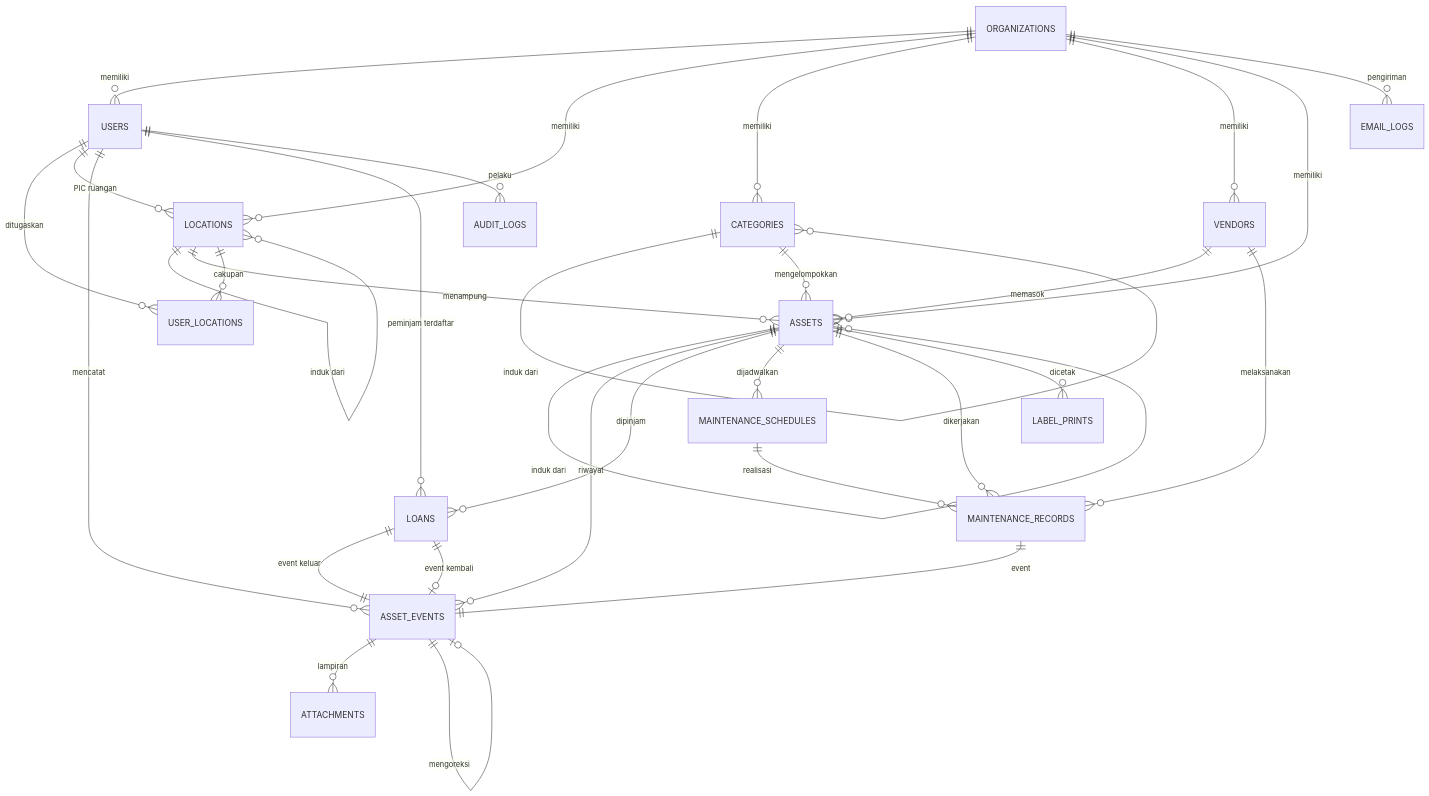
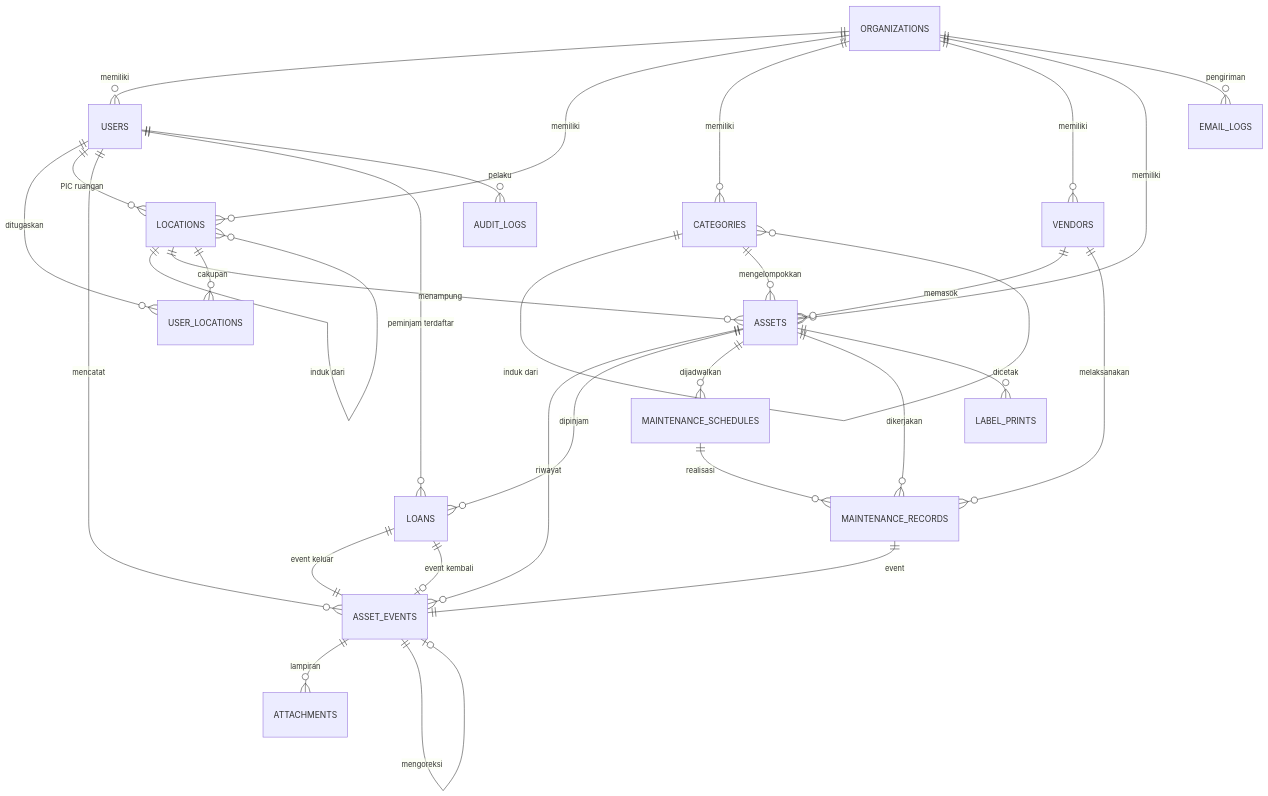
The first of 2 diagrams in docs/03-erd.md (mferdinandr/inventory-management), drawn with Mermaid before and after one commit. The commit also changed other lines of this file and 9 other files, not shown here.

````diff
--- a/docs/03-erd.md
+++ b/docs/03-erd.md
@@ -10,41 +10,40 @@
 ```mermaid
 erDiagram
     ORGANIZATIONS ||--o{ USERS : "memiliki"
     ORGANIZATIONS ||--o{ LOCATIONS : "memiliki"
     ORGANIZATIONS ||--o{ CATEGORIES : "memiliki"
     ORGANIZATIONS ||--o{ VENDORS : "memiliki"
     ORGANIZATIONS ||--o{ ASSETS : "memiliki"
 
     LOCATIONS ||--o{ LOCATIONS : "induk dari"
     LOCATIONS ||--o{ ASSETS : "menampung"
     LOCATIONS ||--o{ USER_LOCATIONS : "cakupan"
     USERS ||--o{ USER_LOCATIONS : "ditugaskan"
     USERS ||--o{ LOCATIONS : "PIC ruangan"
 
     CATEGORIES ||--o{ CATEGORIES : "induk dari"
     CATEGORIES ||--o{ ASSETS : "mengelompokkan"
 
     VENDORS ||--o{ ASSETS : "memasok"
     VENDORS ||--o{ MAINTENANCE_RECORDS : "melaksanakan"
 
-    ASSETS ||--o{ ASSETS : "induk dari"
     ASSETS ||--o{ ASSET_EVENTS : "riwayat"
     ASSETS ||--o{ LOANS : "dipinjam"
     ASSETS ||--o{ MAINTENANCE_SCHEDULES : "dijadwalkan"
     ASSETS ||--o{ MAINTENANCE_RECORDS : "dikerjakan"
     ASSETS ||--o{ LABEL_PRINTS : "dicetak"
 
     ASSET_EVENTS ||--o{ ATTACHMENTS : "lampiran"
     ASSET_EVENTS ||--o| ASSET_EVENTS : "mengoreksi"
     USERS ||--o{ ASSET_EVENTS : "mencatat"
 
     LOANS ||--|| ASSET_EVENTS : "event keluar"
     LOANS ||--o| ASSET_EVENTS : "event kembali"
     USERS ||--o{ LOANS : "peminjam terdaftar"
 
     MAINTENANCE_SCHEDULES ||--o{ MAINTENANCE_RECORDS : "realisasi"
     MAINTENANCE_RECORDS ||--|| ASSET_EVENTS : "event"
 
     USERS ||--o{ AUDIT_LOGS : "pelaku"
     ORGANIZATIONS ||--o{ EMAIL_LOGS : "pengiriman"
 ```
````
